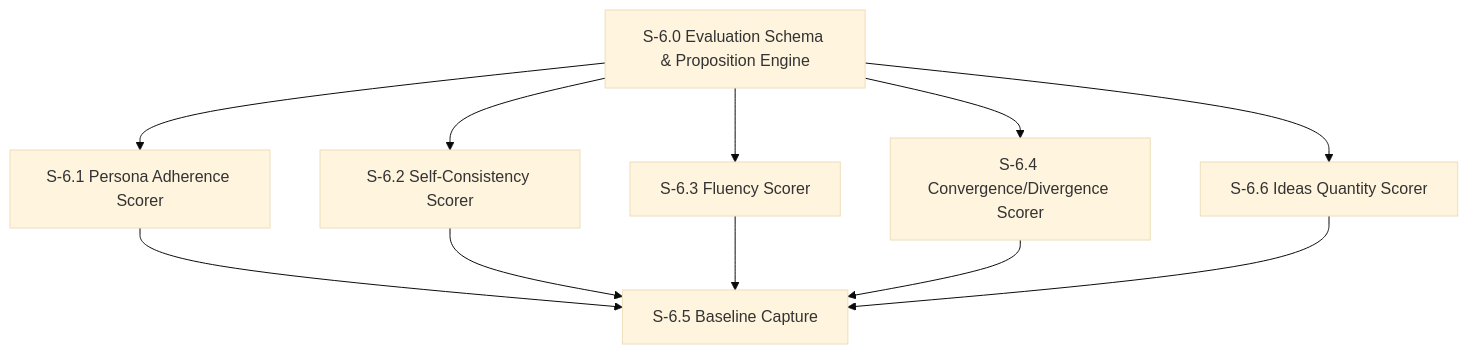
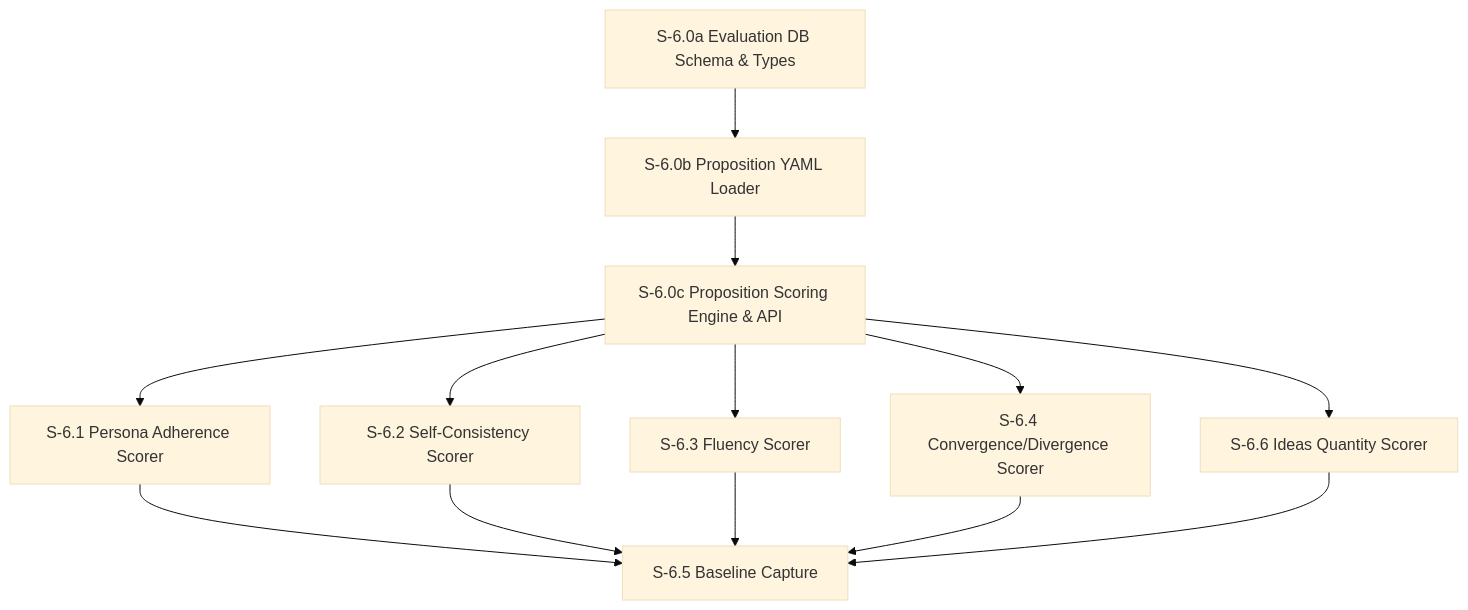
One commit to pedropaulovc/the-office changed the diagram in spec/plan/milestone-6-persona-drift-measurement.md. Above: the diagram before and after it, drawn with Mermaid (base theme). The commit also changed other lines of this file and 2 other files, not shown here.

````diff
--- a/spec/plan/milestone-6-persona-drift-measurement.md
+++ b/spec/plan/milestone-6-persona-drift-measurement.md
@@ -7,13 +7,15 @@
 ```mermaid
 graph TD
-    S60[S-6.0 Evaluation Schema & Proposition Engine] --> S61[S-6.1 Persona Adherence Scorer]
-    S60 --> S62[S-6.2 Self-Consistency Scorer]
-    S60 --> S63[S-6.3 Fluency Scorer]
-    S60 --> S64[S-6.4 Convergence/Divergence Scorer]
-    S60 --> S66[S-6.6 Ideas Quantity Scorer]
+    S60a[S-6.0a Evaluation DB Schema & Types] --> S60b[S-6.0b Proposition YAML Loader]
+    S60b --> S60c[S-6.0c Proposition Scoring Engine & API]
+    S60c --> S61[S-6.1 Persona Adherence Scorer]
+    S60c --> S62[S-6.2 Self-Consistency Scorer]
+    S60c --> S63[S-6.3 Fluency Scorer]
+    S60c --> S64[S-6.4 Convergence/Divergence Scorer]
+    S60c --> S66[S-6.6 Ideas Quantity Scorer]
     S61 --> S65[S-6.5 Baseline Capture]
     S62 --> S65
     S63 --> S65
     S64 --> S65
     S66 --> S65
 ```
````
